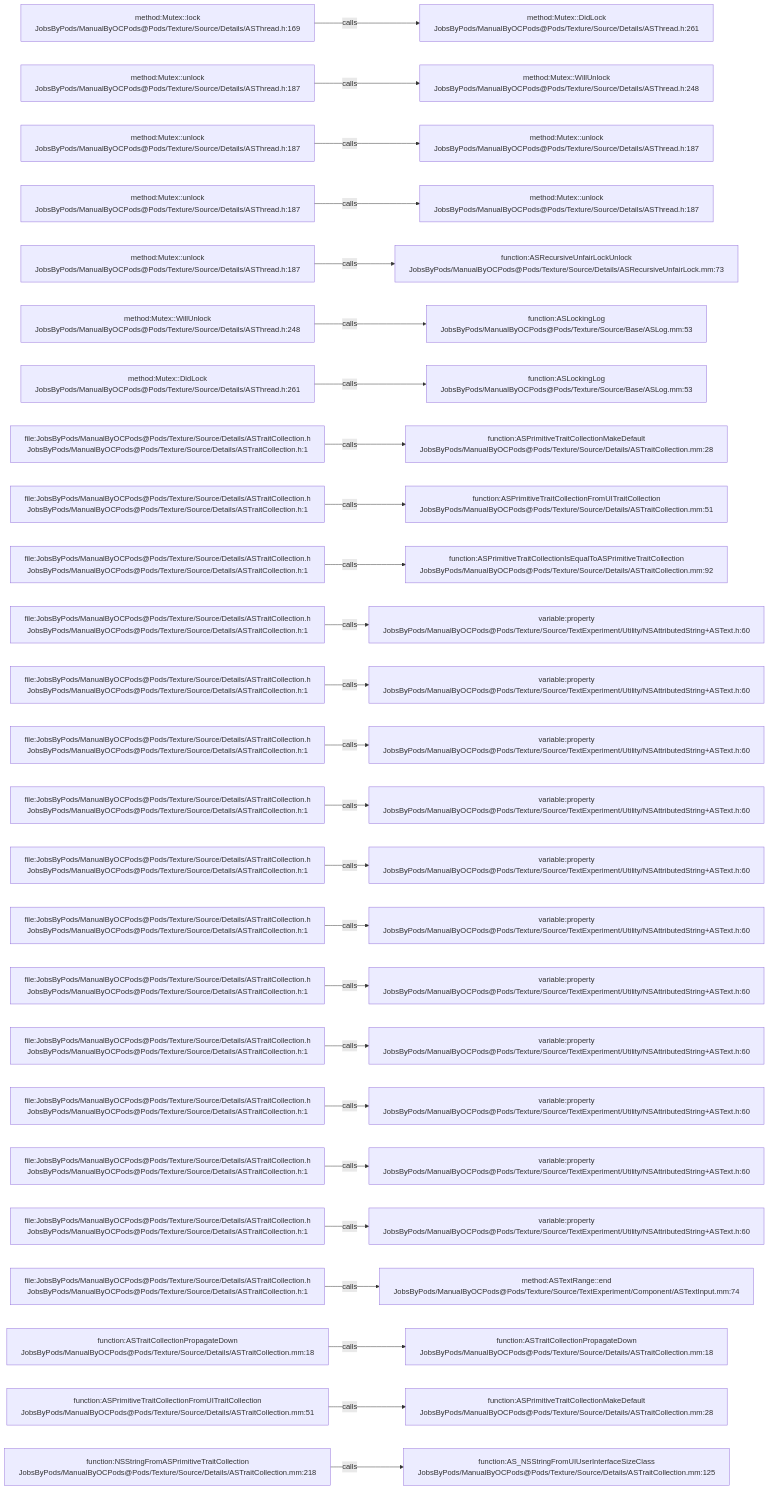
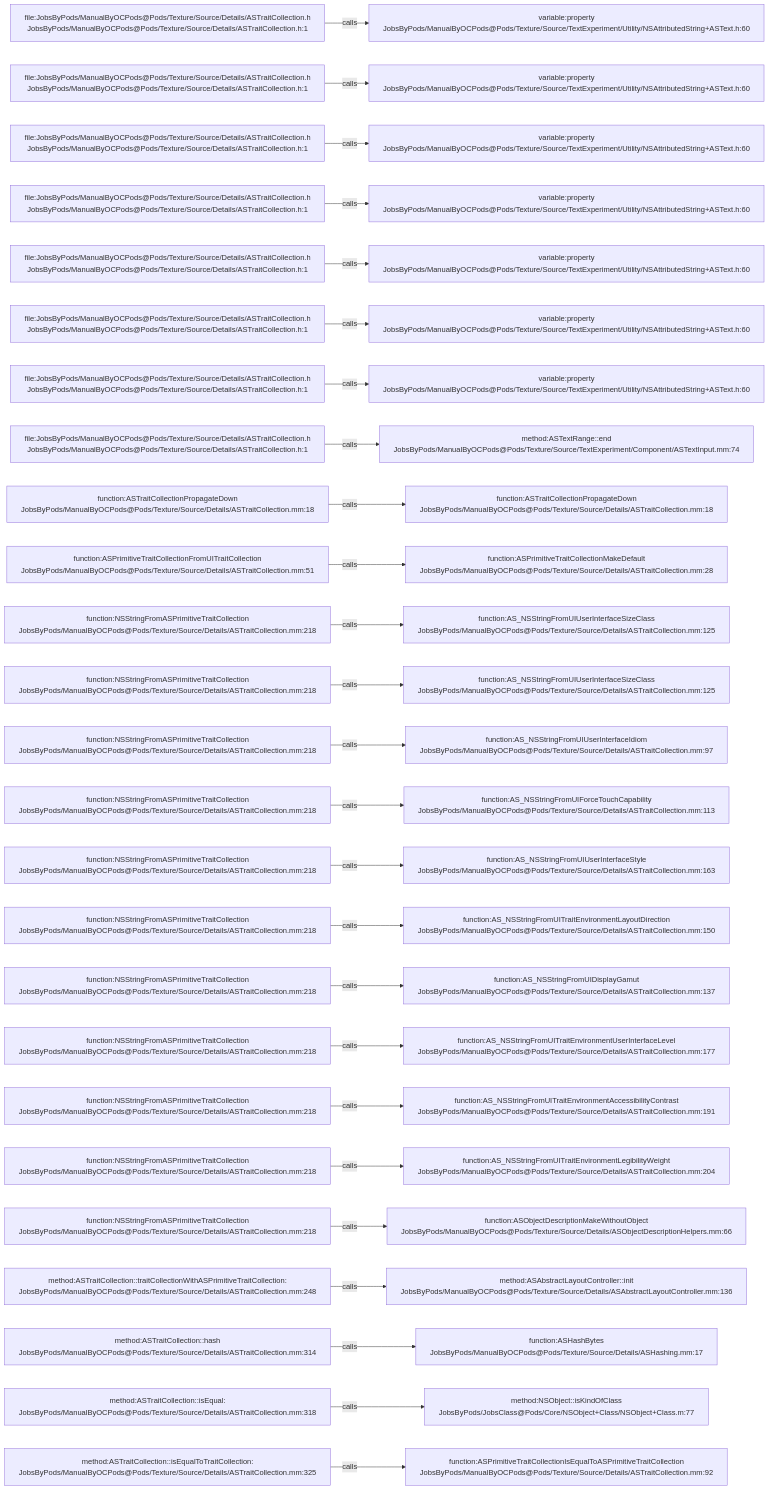
One commit to JobsKits/JobsOCBaseConfigDemo changed the diagram in .codegraph/codegraph.md/graphs/calls-168.md. Above: the diagram before and after it, drawn with Mermaid. The commit also changed 296 other files, not shown here.

````diff
--- a/.codegraph/codegraph.md/graphs/calls-168.md
+++ b/.codegraph/codegraph.md/graphs/calls-168.md
@@ -13,78 +13,78 @@
 ```mermaid
 flowchart LR
-  S1["method:Mutex::lock<br/>JobsByPods/ManualByOCPods@Pods/Texture/Source/Details/ASThread.h:169"]
-  T1["method:Mutex::DidLock<br/>JobsByPods/ManualByOCPods@Pods/Texture/Source/Details/ASThread.h:261"]
+  S1["file:JobsByPods/ManualByOCPods@Pods/Texture/Source/Details/ASTraitCollection.h<br/>JobsByPods/ManualByOCPods@Pods/Texture/Source/Details/ASTraitCollection.h:1"]
+  T1["variable:property<br/>JobsByPods/ManualByOCPods@Pods/Texture/Source/TextExperiment/Utility/NSAttributedString+ASText.h:60"]
   S1 -->|calls| T1
-  S2["method:Mutex::unlock<br/>JobsByPods/ManualByOCPods@Pods/Texture/Source/Details/ASThread.h:187"]
-  T2["method:Mutex::WillUnlock<br/>JobsByPods/ManualByOCPods@Pods/Texture/Source/Details/ASThread.h:248"]
+  S2["file:JobsByPods/ManualByOCPods@Pods/Texture/Source/Details/ASTraitCollection.h<br/>JobsByPods/ManualByOCPods@Pods/Texture/Source/Details/ASTraitCollection.h:1"]
+  T2["variable:property<br/>JobsByPods/ManualByOCPods@Pods/Texture/Source/TextExperiment/Utility/NSAttributedString+ASText.h:60"]
   S2 -->|calls| T2
-  S3["method:Mutex::unlock<br/>JobsByPods/ManualByOCPods@Pods/Texture/Source/Details/ASThread.h:187"]
-  T3["method:Mutex::unlock<br/>JobsByPods/ManualByOCPods@Pods/Texture/Source/Details/ASThread.h:187"]
+  S3["file:JobsByPods/ManualByOCPods@Pods/Texture/Source/Details/ASTraitCollection.h<br/>JobsByPods/ManualByOCPods@Pods/Texture/Source/Details/ASTraitCollection.h:1"]
+  T3["variable:property<br/>JobsByPods/ManualByOCPods@Pods/Texture/Source/TextExperiment/Utility/NSAttributedString+ASText.h:60"]
   S3 -->|calls| T3
-  S4["method:Mutex::unlock<br/>JobsByPods/ManualByOCPods@Pods/Texture/Source/Details/ASThread.h:187"]
-  T4["method:Mutex::unlock<br/>JobsByPods/ManualByOCPods@Pods/Texture/Source/Details/ASThread.h:187"]
+  S4["file:JobsByPods/ManualByOCPods@Pods/Texture/Source/Details/ASTraitCollection.h<br/>JobsByPods/ManualByOCPods@Pods/Texture/Source/Details/ASTraitCollection.h:1"]
+  T4["variable:property<br/>JobsByPods/ManualByOCPods@Pods/Texture/Source/TextExperiment/Utility/NSAttributedString+ASText.h:60"]
   S4 -->|calls| T4
-  S5["method:Mutex::unlock<br/>JobsByPods/ManualByOCPods@Pods/Texture/Source/Details/ASThread.h:187"]
-  T5["function:ASRecursiveUnfairLockUnlock<br/>JobsByPods/ManualByOCPods@Pods/Texture/Source/Details/ASRecursiveUnfairLock.mm:73"]
+  S5["file:JobsByPods/ManualByOCPods@Pods/Texture/Source/Details/ASTraitCollection.h<br/>JobsByPods/ManualByOCPods@Pods/Texture/Source/Details/ASTraitCollection.h:1"]
+  T5["variable:property<br/>JobsByPods/ManualByOCPods@Pods/Texture/Source/TextExperiment/Utility/NSAttributedString+ASText.h:60"]
   S5 -->|calls| T5
-  S6["method:Mutex::WillUnlock<br/>JobsByPods/ManualByOCPods@Pods/Texture/Source/Details/ASThread.h:248"]
-  T6["function:ASLockingLog<br/>JobsByPods/ManualByOCPods@Pods/Texture/Source/Base/ASLog.mm:53"]
+  S6["file:JobsByPods/ManualByOCPods@Pods/Texture/Source/Details/ASTraitCollection.h<br/>JobsByPods/ManualByOCPods@Pods/Texture/Source/Details/ASTraitCollection.h:1"]
+  T6["variable:property<br/>JobsByPods/ManualByOCPods@Pods/Texture/Source/TextExperiment/Utility/NSAttributedString+ASText.h:60"]
   S6 -->|calls| T6
-  S7["method:Mutex::DidLock<br/>JobsByPods/ManualByOCPods@Pods/Texture/Source/Details/ASThread.h:261"]
-  T7["function:ASLockingLog<br/>JobsByPods/ManualByOCPods@Pods/Texture/Source/Base/ASLog.mm:53"]
+  S7["file:JobsByPods/ManualByOCPods@Pods/Texture/Source/Details/ASTraitCollection.h<br/>JobsByPods/ManualByOCPods@Pods/Texture/Source/Details/ASTraitCollection.h:1"]
+  T7["variable:property<br/>JobsByPods/ManualByOCPods@Pods/Texture/Source/TextExperiment/Utility/NSAttributedString+ASText.h:60"]
   S7 -->|calls| T7
   S8["file:JobsByPods/ManualByOCPods@Pods/Texture/Source/Details/ASTraitCollection.h<br/>JobsByPods/ManualByOCPods@Pods/Texture/Source/Details/ASTraitCollection.h:1"]
-  T8["function:ASPrimitiveTraitCollectionMakeDefault<br/>JobsByPods/ManualByOCPods@Pods/Texture/Source/Details/ASTraitCollection.mm:28"]
+  T8["method:ASTextRange::end<br/>JobsByPods/ManualByOCPods@Pods/Texture/Source/TextExperiment/Component/ASTextInput.mm:74"]
   S8 -->|calls| T8
-  S9["file:JobsByPods/ManualByOCPods@Pods/Texture/Source/Details/ASTraitCollection.h<br/>JobsByPods/ManualByOCPods@Pods/Texture/Source/Details/ASTraitCollection.h:1"]
-  T9["function:ASPrimitiveTraitCollectionFromUITraitCollection<br/>JobsByPods/ManualByOCPods@Pods/Texture/Source/Details/ASTraitCollection.mm:51"]
+  S9["function:ASTraitCollectionPropagateDown<br/>JobsByPods/ManualByOCPods@Pods/Texture/Source/Details/ASTraitCollection.mm:18"]
+  T9["function:ASTraitCollectionPropagateDown<br/>JobsByPods/ManualByOCPods@Pods/Texture/Source/Details/ASTraitCollection.mm:18"]
   S9 -->|calls| T9
-  S10["file:JobsByPods/ManualByOCPods@Pods/Texture/Source/Details/ASTraitCollection.h<br/>JobsByPods/ManualByOCPods@Pods/Texture/Source/Details/ASTraitCollection.h:1"]
-  T10["function:ASPrimitiveTraitCollectionIsEqualToASPrimitiveTraitCollection<br/>JobsByPods/ManualByOCPods@Pods/Texture/Source/Details/ASTraitCollection.mm:92"]
+  S10["function:ASPrimitiveTraitCollectionFromUITraitCollection<br/>JobsByPods/ManualByOCPods@Pods/Texture/Source/Details/ASTraitCollection.mm:51"]
+  T10["function:ASPrimitiveTraitCollectionMakeDefault<br/>JobsByPods/ManualByOCPods@Pods/Texture/Source/Details/ASTraitCollection.mm:28"]
   S10 -->|calls| T10
-  S11["file:JobsByPods/ManualByOCPods@Pods/Texture/Source/Details/ASTraitCollection.h<br/>JobsByPods/ManualByOCPods@Pods/Texture/Source/Details/ASTraitCollection.h:1"]
-  T11["variable:property<br/>JobsByPods/ManualByOCPods@Pods/Texture/Source/TextExperiment/Utility/NSAttributedString+ASText.h:60"]
+  S11["function:NSStringFromASPrimitiveTraitCollection<br/>JobsByPods/ManualByOCPods@Pods/Texture/Source/Details/ASTraitCollection.mm:218"]
+  T11["function:AS_NSStringFromUIUserInterfaceSizeClass<br/>JobsByPods/ManualByOCPods@Pods/Texture/Source/Details/ASTraitCollection.mm:125"]
   S11 -->|calls| T11
-  S12["file:JobsByPods/ManualByOCPods@Pods/Texture/Source/Details/ASTraitCollection.h<br/>JobsByPods/ManualByOCPods@Pods/Texture/Source/Details/ASTraitCollection.h:1"]
-  T12["variable:property<br/>JobsByPods/ManualByOCPods@Pods/Texture/Source/TextExperiment/Utility/NSAttributedString+ASText.h:60"]
+  S12["function:NSStringFromASPrimitiveTraitCollection<br/>JobsByPods/ManualByOCPods@Pods/Texture/Source/Details/ASTraitCollection.mm:218"]
+  T12["function:AS_NSStringFromUIUserInterfaceSizeClass<br/>JobsByPods/ManualByOCPods@Pods/Texture/Source/Details/ASTraitCollection.mm:125"]
   S12 -->|calls| T12
-  S13["file:JobsByPods/ManualByOCPods@Pods/Texture/Source/Details/ASTraitCollection.h<br/>JobsByPods/ManualByOCPods@Pods/Texture/Source/Details/ASTraitCollection.h:1"]
-  T13["variable:property<br/>JobsByPods/ManualByOCPods@Pods/Texture/Source/TextExperiment/Utility/NSAttributedString+ASText.h:60"]
+  S13["function:NSStringFromASPrimitiveTraitCollection<br/>JobsByPods/ManualByOCPods@Pods/Texture/Source/Details/ASTraitCollection.mm:218"]
+  T13["function:AS_NSStringFromUIUserInterfaceIdiom<br/>JobsByPods/ManualByOCPods@Pods/Texture/Source/Details/ASTraitCollection.mm:97"]
   S13 -->|calls| T13
-  S14["file:JobsByPods/ManualByOCPods@Pods/Texture/Source/Details/ASTraitCollection.h<br/>JobsByPods/ManualByOCPods@Pods/Texture/Source/Details/ASTraitCollection.h:1"]
-  T14["variable:property<br/>JobsByPods/ManualByOCPods@Pods/Texture/Source/TextExperiment/Utility/NSAttributedString+ASText.h:60"]
+  S14["function:NSStringFromASPrimitiveTraitCollection<br/>JobsByPods/ManualByOCPods@Pods/Texture/Source/Details/ASTraitCollection.mm:218"]
+  T14["function:AS_NSStringFromUIForceTouchCapability<br/>JobsByPods/ManualByOCPods@Pods/Texture/Source/Details/ASTraitCollection.mm:113"]
   S14 -->|calls| T14
-  S15["file:JobsByPods/ManualByOCPods@Pods/Texture/Source/Details/ASTraitCollection.h<br/>JobsByPods/ManualByOCPods@Pods/Texture/Source/Details/ASTraitCollection.h:1"]
-  T15["variable:property<br/>JobsByPods/ManualByOCPods@Pods/Texture/Source/TextExperiment/Utility/NSAttributedString+ASText.h:60"]
+  S15["function:NSStringFromASPrimitiveTraitCollection<br/>JobsByPods/ManualByOCPods@Pods/Texture/Source/Details/ASTraitCollection.mm:218"]
+  T15["function:AS_NSStringFromUIUserInterfaceStyle<br/>JobsByPods/ManualByOCPods@Pods/Texture/Source/Details/ASTraitCollection.mm:163"]
   S15 -->|calls| T15
-  S16["file:JobsByPods/ManualByOCPods@Pods/Texture/Source/Details/ASTraitCollection.h<br/>JobsByPods/ManualByOCPods@Pods/Texture/Source/Details/ASTraitCollection.h:1"]
-  T16["variable:property<br/>JobsByPods/ManualByOCPods@Pods/Texture/Source/TextExperiment/Utility/NSAttributedString+ASText.h:60"]
+  S16["function:NSStringFromASPrimitiveTraitCollection<br/>JobsByPods/ManualByOCPods@Pods/Texture/Source/Details/ASTraitCollection.mm:218"]
+  T16["function:AS_NSStringFromUITraitEnvironmentLayoutDirection<br/>JobsByPods/ManualByOCPods@Pods/Texture/Source/Details/ASTraitCollection.mm:150"]
   S16 -->|calls| T16
-  S17["file:JobsByPods/ManualByOCPods@Pods/Texture/Source/Details/ASTraitCollection.h<br/>JobsByPods/ManualByOCPods@Pods/Texture/Source/Details/ASTraitCollection.h:1"]
-  T17["variable:property<br/>JobsByPods/ManualByOCPods@Pods/Texture/Source/TextExperiment/Utility/NSAttributedString+ASText.h:60"]
+  S17["function:NSStringFromASPrimitiveTraitCollection<br/>JobsByPods/ManualByOCPods@Pods/Texture/Source/Details/ASTraitCollection.mm:218"]
+  T17["function:AS_NSStringFromUIDisplayGamut<br/>JobsByPods/ManualByOCPods@Pods/Texture/Source/Details/ASTraitCollection.mm:137"]
   S17 -->|calls| T17
-  S18["file:JobsByPods/ManualByOCPods@Pods/Texture/Source/Details/ASTraitCollection.h<br/>JobsByPods/ManualByOCPods@Pods/Texture/Source/Details/ASTraitCollection.h:1"]
-  T18["variable:property<br/>JobsByPods/ManualByOCPods@Pods/Texture/Source/TextExperiment/Utility/NSAttributedString+ASText.h:60"]
+  S18["function:NSStringFromASPrimitiveTraitCollection<br/>JobsByPods/ManualByOCPods@Pods/Texture/Source/Details/ASTraitCollection.mm:218"]
+  T18["function:AS_NSStringFromUITraitEnvironmentUserInterfaceLevel<br/>JobsByPods/ManualByOCPods@Pods/Texture/Source/Details/ASTraitCollection.mm:177"]
   S18 -->|calls| T18
-  S19["file:JobsByPods/ManualByOCPods@Pods/Texture/Source/Details/ASTraitCollection.h<br/>JobsByPods/ManualByOCPods@Pods/Texture/Source/Details/ASTraitCollection.h:1"]
-  T19["variable:property<br/>JobsByPods/ManualByOCPods@Pods/Texture/Source/TextExperiment/Utility/NSAttributedString+ASText.h:60"]
+  S19["function:NSStringFromASPrimitiveTraitCollection<br/>JobsByPods/ManualByOCPods@Pods/Texture/Source/Details/ASTraitCollection.mm:218"]
+  T19["function:AS_NSStringFromUITraitEnvironmentAccessibilityContrast<br/>JobsByPods/ManualByOCPods@Pods/Texture/Source/Details/ASTraitCollection.mm:191"]
   S19 -->|calls| T19
-  S20["file:JobsByPods/ManualByOCPods@Pods/Texture/Source/Details/ASTraitCollection.h<br/>JobsByPods/ManualByOCPods@Pods/Texture/Source/Details/ASTraitCollection.h:1"]
-  T20["variable:property<br/>JobsByPods/ManualByOCPods@Pods/Texture/Source/TextExperiment/Utility/NSAttributedString+ASText.h:60"]
+  S20["function:NSStringFromASPrimitiveTraitCollection<br/>JobsByPods/ManualByOCPods@Pods/Texture/Source/Details/ASTraitCollection.mm:218"]
+  T20["function:AS_NSStringFromUITraitEnvironmentLegibilityWeight<br/>JobsByPods/ManualByOCPods@Pods/Texture/Source/Details/ASTraitCollection.mm:204"]
   S20 -->|calls| T20
-  S21["file:JobsByPods/ManualByOCPods@Pods/Texture/Source/Details/ASTraitCollection.h<br/>JobsByPods/ManualByOCPods@Pods/Texture/Source/Details/ASTraitCollection.h:1"]
-  T21["variable:property<br/>JobsByPods/ManualByOCPods@Pods/Texture/Source/TextExperiment/Utility/NSAttributedString+ASText.h:60"]
+  S21["function:NSStringFromASPrimitiveTraitCollection<br/>JobsByPods/ManualByOCPods@Pods/Texture/Source/Details/ASTraitCollection.mm:218"]
+  T21["function:ASObjectDescriptionMakeWithoutObject<br/>JobsByPods/ManualByOCPods@Pods/Texture/Source/Details/ASObjectDescriptionHelpers.mm:66"]
   S21 -->|calls| T21
-  S22["file:JobsByPods/ManualByOCPods@Pods/Texture/Source/Details/ASTraitCollection.h<br/>JobsByPods/ManualByOCPods@Pods/Texture/Source/Details/ASTraitCollection.h:1"]
-  T22["method:ASTextRange::end<br/>JobsByPods/ManualByOCPods@Pods/Texture/Source/TextExperiment/Component/ASTextInput.mm:74"]
+  S22["method:ASTraitCollection::traitCollectionWithASPrimitiveTraitCollection:<br/>JobsByPods/ManualByOCPods@Pods/Texture/Source/Details/ASTraitCollection.mm:248"]
+  T22["method:ASAbstractLayoutController::init<br/>JobsByPods/ManualByOCPods@Pods/Texture/Source/Details/ASAbstractLayoutController.mm:136"]
   S22 -->|calls| T22
-  S23["function:ASTraitCollectionPropagateDown<br/>JobsByPods/ManualByOCPods@Pods/Texture/Source/Details/ASTraitCollection.mm:18"]
-  T23["function:ASTraitCollectionPropagateDown<br/>JobsByPods/ManualByOCPods@Pods/Texture/Source/Details/ASTraitCollection.mm:18"]
+  S23["method:ASTraitCollection::hash<br/>JobsByPods/ManualByOCPods@Pods/Texture/Source/Details/ASTraitCollection.mm:314"]
+  T23["function:ASHashBytes<br/>JobsByPods/ManualByOCPods@Pods/Texture/Source/Details/ASHashing.mm:17"]
   S23 -->|calls| T23
-  S24["function:ASPrimitiveTraitCollectionFromUITraitCollection<br/>JobsByPods/ManualByOCPods@Pods/Texture/Source/Details/ASTraitCollection.mm:51"]
-  T24["function:ASPrimitiveTraitCollectionMakeDefault<br/>JobsByPods/ManualByOCPods@Pods/Texture/Source/Details/ASTraitCollection.mm:28"]
+  S24["method:ASTraitCollection::isEqual:<br/>JobsByPods/ManualByOCPods@Pods/Texture/Source/Details/ASTraitCollection.mm:318"]
+  T24["method:NSObject::isKindOfClass<br/>JobsByPods/JobsClass@Pods/Core/NSObject+Class/NSObject+Class.m:77"]
   S24 -->|calls| T24
-  S25["function:NSStringFromASPrimitiveTraitCollection<br/>JobsByPods/ManualByOCPods@Pods/Texture/Source/Details/ASTraitCollection.mm:218"]
-  T25["function:AS_NSStringFromUIUserInterfaceSizeClass<br/>JobsByPods/ManualByOCPods@Pods/Texture/Source/Details/ASTraitCollection.mm:125"]
+  S25["method:ASTraitCollection::isEqualToTraitCollection:<br/>JobsByPods/ManualByOCPods@Pods/Texture/Source/Details/ASTraitCollection.mm:325"]
+  T25["function:ASPrimitiveTraitCollectionIsEqualToASPrimitiveTraitCollection<br/>JobsByPods/ManualByOCPods@Pods/Texture/Source/Details/ASTraitCollection.mm:92"]
   S25 -->|calls| T25
 ```
````
